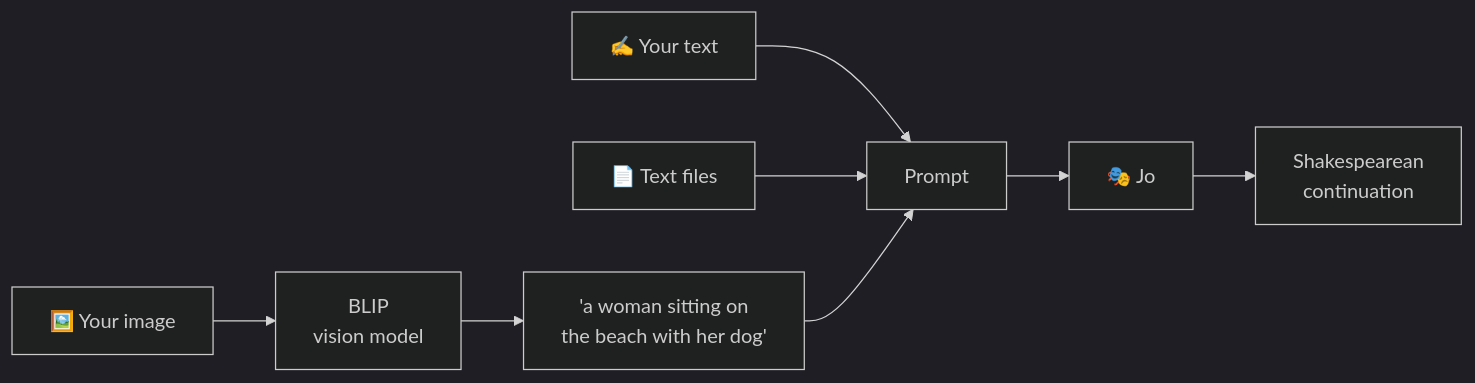
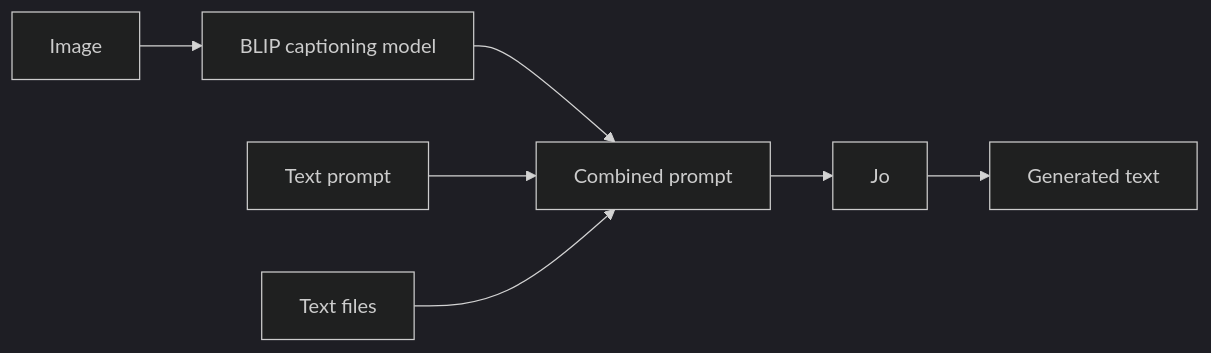
Before and after one commit to Youssefrajeh/Jo_LLM: the second of 2 diagrams in README.md, drawn with Mermaid (dark theme). The commit also changed other lines of this file, not shown here.

````diff
--- a/README.md
+++ b/README.md
@@ -141,10 +118,9 @@
 ```mermaid
 flowchart LR
-    I[🖼️ Your image] --> V[BLIP<br/>vision model]
-    V --> Cap["'a woman sitting on<br/>the beach with her dog'"]
-    T[✍️ Your text] --> P[Prompt]
-    F[📄 Text files] --> P
-    Cap --> P
-    P --> J[🎭 Jo]
-    J --> O[Shakespearean<br/>continuation]
+    I[Image] --> V[BLIP captioning model]
+    V --> P[Combined prompt]
+    T[Text prompt] --> P
+    F[Text files] --> P
+    P --> J[Jo]
+    J --> O[Generated text]
 ```
````
